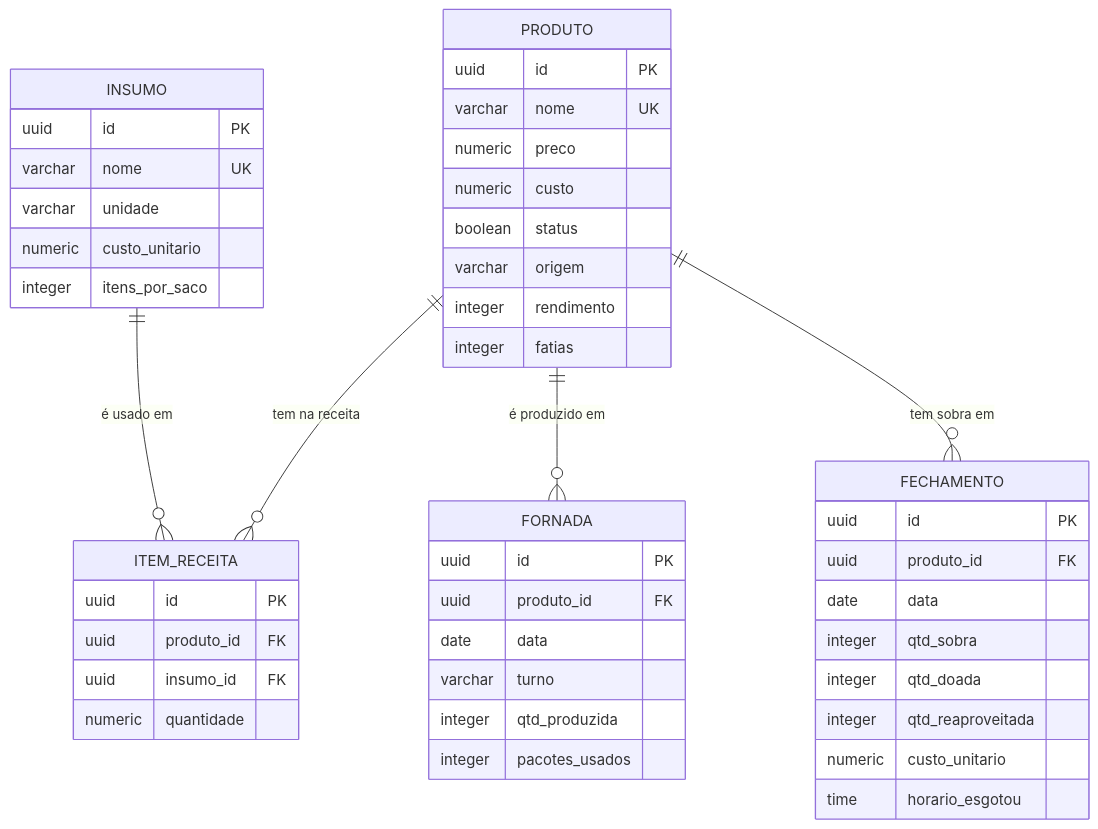
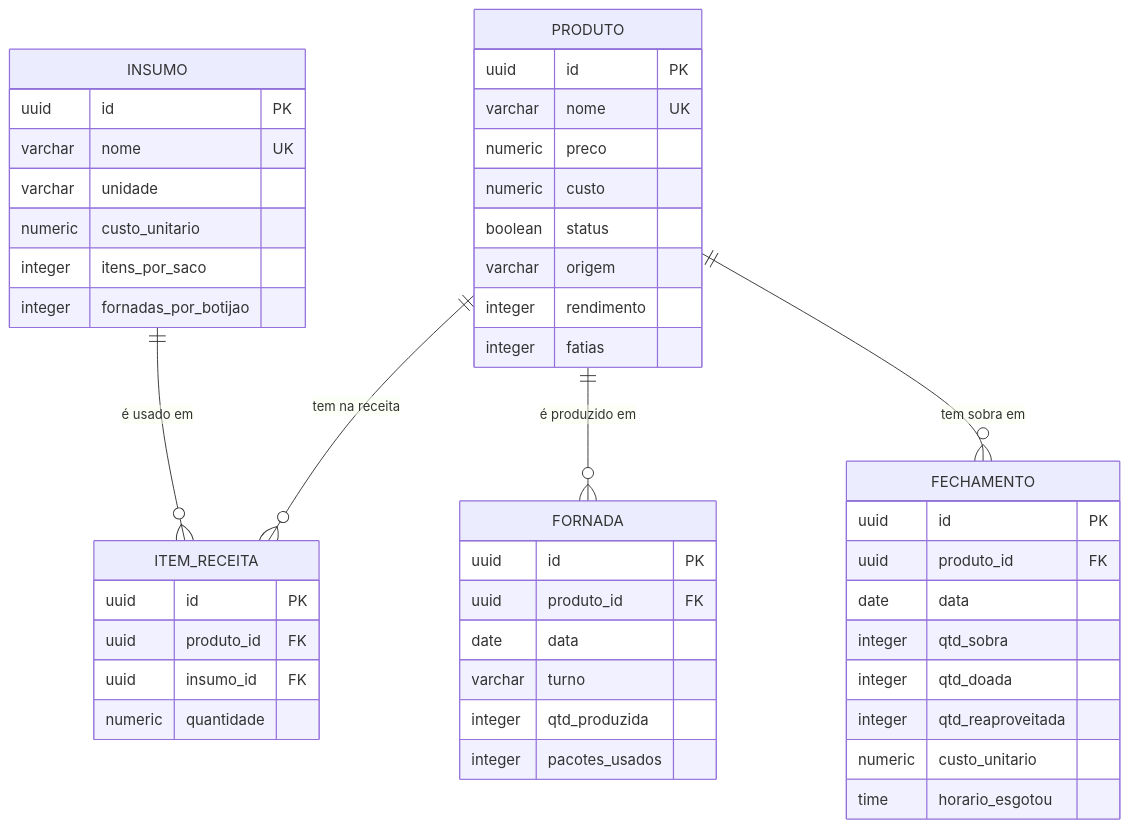
Before and after one commit to EricLps/fornada-certa-web: the second of 4 diagrams in docs/documentacao.md, drawn with Mermaid. The commit also changed other lines of this file, not shown here.

````diff
--- a/docs/documentacao.md
+++ b/docs/documentacao.md
@@ -75,49 +76,50 @@
 ```mermaid
 erDiagram
     PRODUTO ||--o{ ITEM_RECEITA : "tem na receita"
     INSUMO ||--o{ ITEM_RECEITA : "é usado em"
     PRODUTO ||--o{ FORNADA : "é produzido em"
     PRODUTO ||--o{ FECHAMENTO : "tem sobra em"
 
     PRODUTO {
         uuid id PK
         varchar nome UK
         numeric preco
         numeric custo
         boolean status
         varchar origem
         integer rendimento
         integer fatias
     }
     INSUMO {
         uuid id PK
         varchar nome UK
         varchar unidade
         numeric custo_unitario
         integer itens_por_saco
+        integer fornadas_por_botijao
     }
     ITEM_RECEITA {
         uuid id PK
         uuid produto_id FK
         uuid insumo_id FK
         numeric quantidade
     }
     FORNADA {
         uuid id PK
         uuid produto_id FK
         date data
         varchar turno
         integer qtd_produzida
         integer pacotes_usados
     }
     FECHAMENTO {
         uuid id PK
         uuid produto_id FK
         date data
         integer qtd_sobra
         integer qtd_doada
         integer qtd_reaproveitada
         numeric custo_unitario
         time horario_esgotou
     }
 ```
````
